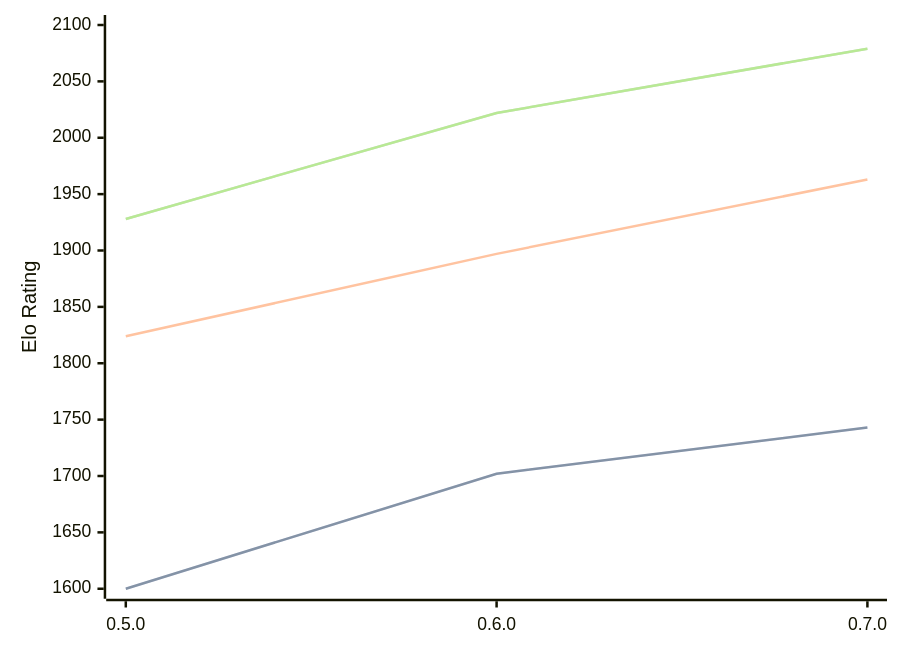
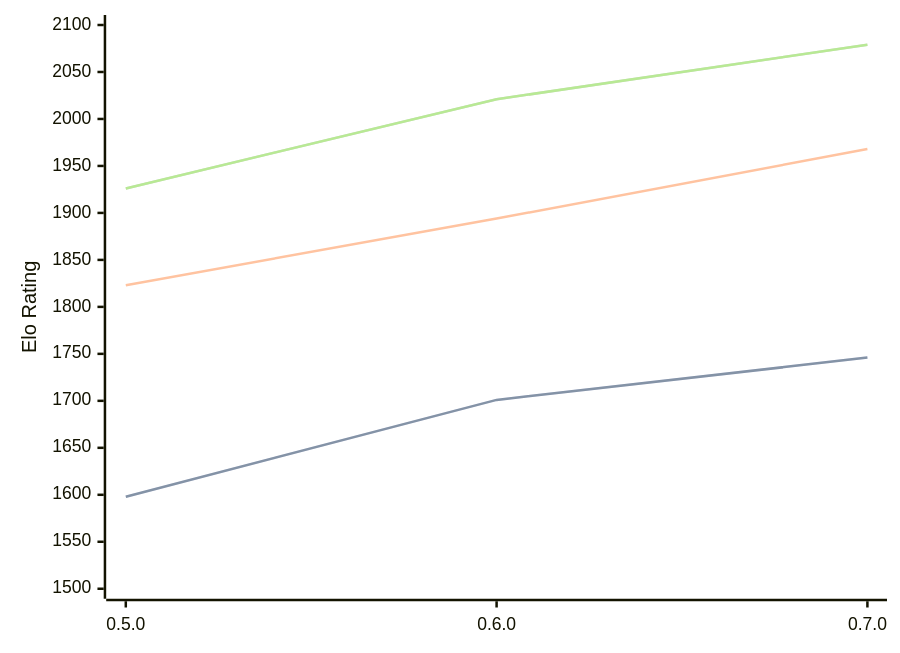
The diagram in engines/Chess-rs.md (computer-chess-index/cci), drawn with Mermaid before and after one commit. The commit also changed other lines of this file, not shown here.

Commit message:
Update CCI Ratings (ELO VLTC) - 2026-03-09

````diff
--- a/engines/Chess-rs.md
+++ b/engines/Chess-rs.md
@@ -39,11 +39,11 @@
 ```mermaid
 %%{init: {"theme":"base","themeVariables":{"seriesColors:['#a3a3a3','#222221','#faa371']}}}%%
 xychart-beta
   x-axis ["0.5.0", "0.6.0", "0.7.0"]
-  y-axis "Elo Rating" 1600 --> 2100
-  line "STC (8.0+0.08s)" [1600, 1702, 1743]
-  line "STC (8.0+0.08s)" [1600, 1702, 1743]
-  line "LTC (60.0+0.60s)" [1824, 1897, 1963]
-  line "VLTC (2m24s+1.12s)" [1928, 2022, 2079]
-  line "VLTC (2m24s+1.12s)" [1928, 2022, 2079]
+  y-axis "Elo Rating" 1500 --> 2100
+  line "STC (8.0+0.08s)" [1598, 1701, 1746]
+  line "STC (8.0+0.08s)" [1598, 1701, 1746]
+  line "LTC (60.0+0.60s)" [1823, 1894, 1968]
+  line "VLTC (2m24s+1.12s)" [1926, 2021, 2079]
+  line "VLTC (2m24s+1.12s)" [1926, 2021, 2079]
 ```
````
